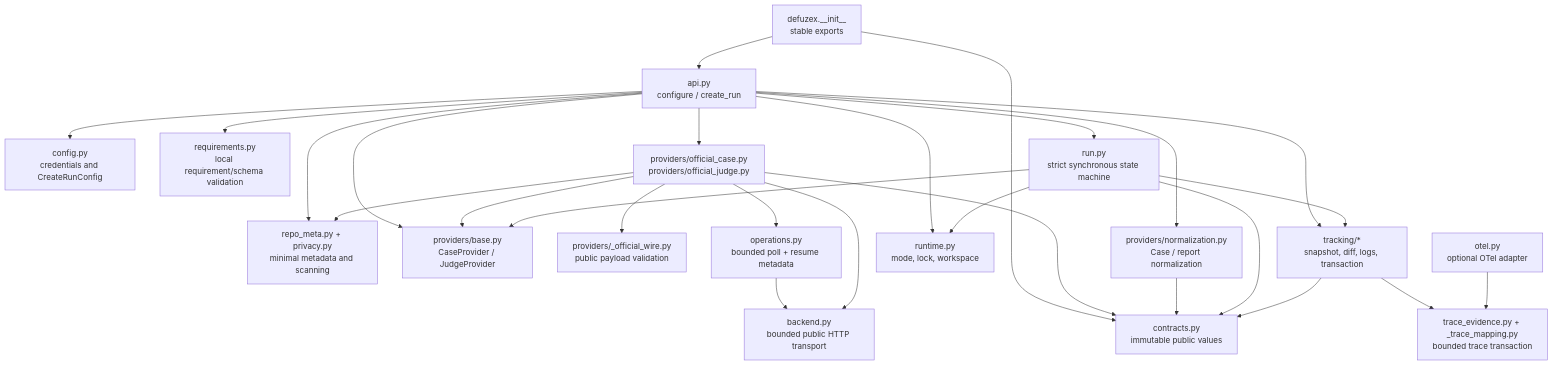
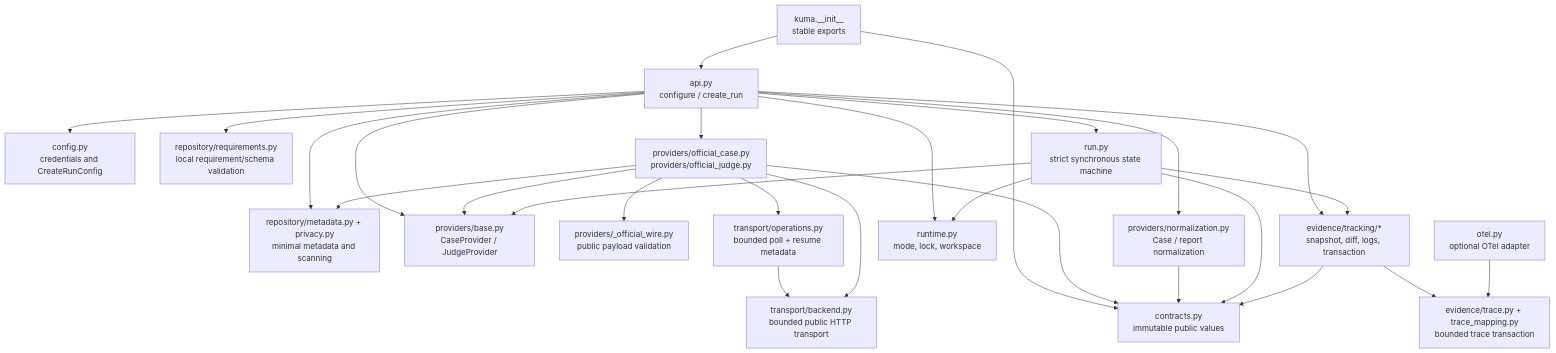
Before and after one commit to DDai22/KUMA-DefuzeX: the second of 5 diagrams in docs/architecture.md, drawn with Mermaid. The commit also changed other lines of this file and 95 other files, not shown here.

````diff
--- a/docs/architecture.md
+++ b/docs/architecture.md
@@ -33,47 +33,47 @@
 ```mermaid
 flowchart TD
-    Init["defuzex.__init__<br/>stable exports"]
+    Init["kuma.__init__<br/>stable exports"]
     API["api.py<br/>configure / create_run"]
     Config["config.py<br/>credentials and CreateRunConfig"]
-    Req["requirements.py<br/>local requirement/schema validation"]
-    Repo["repo_meta.py + privacy.py<br/>minimal metadata and scanning"]
+    Req["repository/requirements.py<br/>local requirement/schema validation"]
+    Repo["repository/metadata.py + privacy.py<br/>minimal metadata and scanning"]
     ProviderPort["providers/base.py<br/>CaseProvider / JudgeProvider"]
     Official["providers/official_case.py<br/>providers/official_judge.py"]
     Wire["providers/_official_wire.py<br/>public payload validation"]
-    Transport["backend.py<br/>bounded public HTTP transport"]
+    Transport["transport/backend.py<br/>bounded public HTTP transport"]
     Normalize["providers/normalization.py<br/>Case / report normalization"]
     Run["run.py<br/>strict synchronous state machine"]
-    Operations["operations.py<br/>bounded poll + resume metadata"]
+    Operations["transport/operations.py<br/>bounded poll + resume metadata"]
     Contracts["contracts.py<br/>immutable public values"]
     Runtime["runtime.py<br/>mode, lock, workspace"]
-    Evidence["tracking/*<br/>snapshot, diff, logs, transaction"]
-    Trace["trace_evidence.py + _trace_mapping.py<br/>bounded trace transaction"]
+    Evidence["evidence/tracking/*<br/>snapshot, diff, logs, transaction"]
+    Trace["evidence/trace.py + trace_mapping.py<br/>bounded trace transaction"]
     OTel["otel.py<br/>optional OTel adapter"]
 
     Init --> API
     Init --> Contracts
     API --> Config
     API --> Req
     API --> Repo
     API --> ProviderPort
     API --> Official
     API --> Normalize
     API --> Runtime
     API --> Evidence
     API --> Run
     Official --> Operations
     Operations --> Transport
     Official --> Transport
     Official --> Wire
     Official --> ProviderPort
     Official --> Repo
     Official --> Contracts
     Normalize --> Contracts
     Run --> ProviderPort
     Run --> Contracts
     Run --> Runtime
     Run --> Evidence
     Evidence --> Contracts
     Evidence --> Trace
     OTel --> Trace
 ```
````
